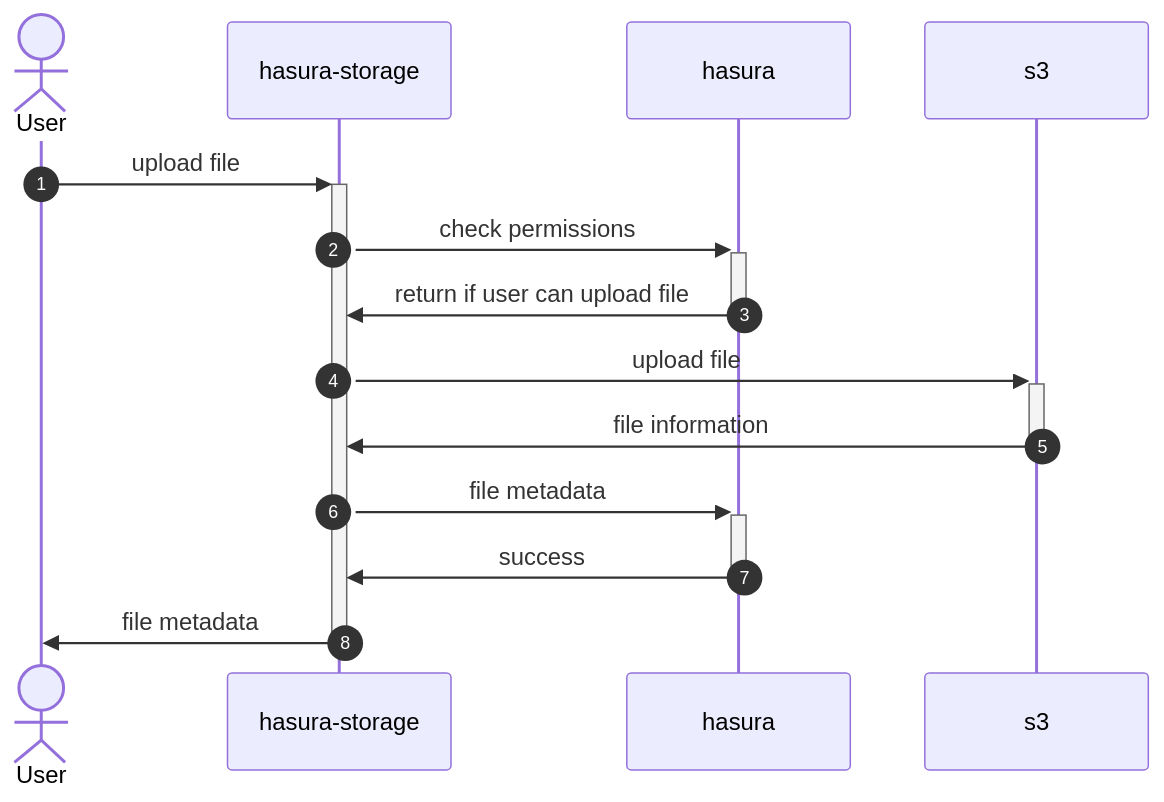
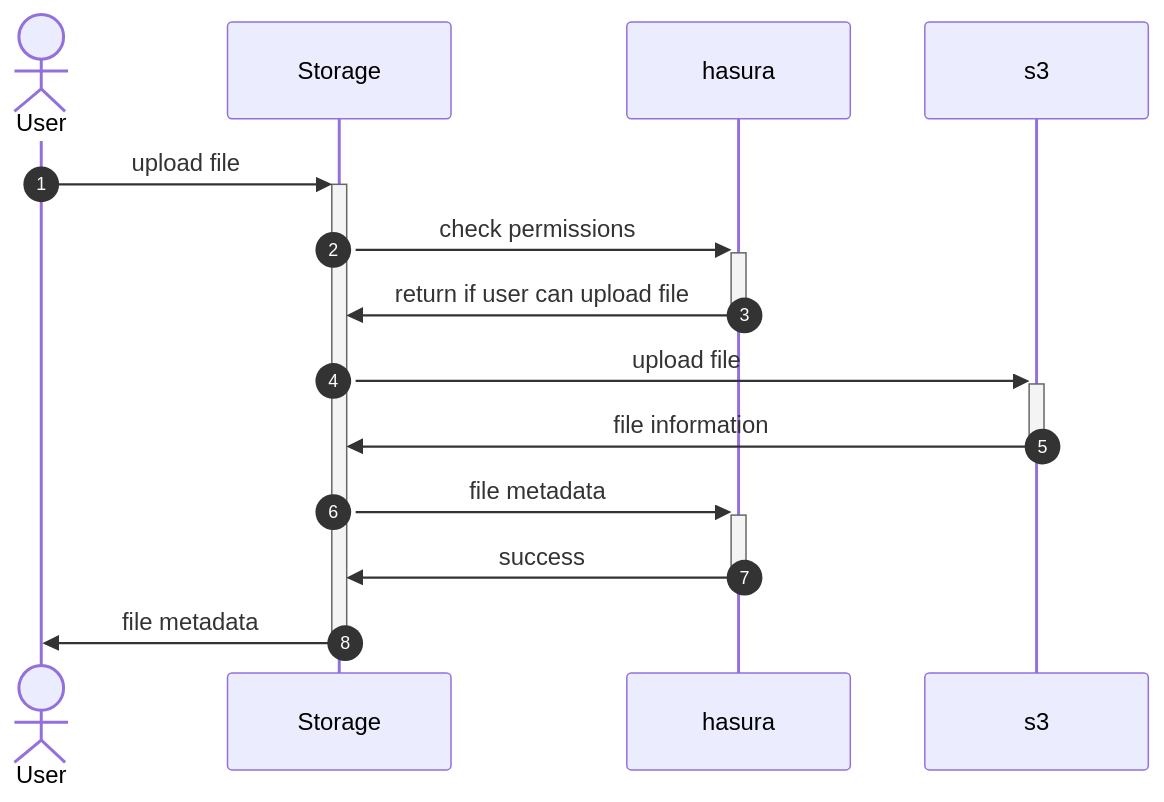
One commit to nhost/nhost changed the first of 3 diagrams in services/storage/README.md. Above: the diagram before and after it, drawn with Mermaid. The commit also changed other lines of this file and 713 other files, not shown here.

````diff
--- a/services/storage/README.md
+++ b/services/storage/README.md
@@ -13,13 +13,13 @@
 ``` mermaid
 sequenceDiagram
     actor User
     autonumber
-    User->>+hasura-storage: upload file
-    hasura-storage->>+hasura: check permissions
-    hasura->>-hasura-storage: return if user can upload file
-    hasura-storage->>+s3: upload file
-    s3->>-hasura-storage: file information
-    hasura-storage->>+hasura: file metadata
-    hasura->>-hasura-storage: success
-    hasura-storage->>-User: file metadata
+    User->>+Storage: upload file
+    Storage->>+hasura: check permissions
+    hasura->>-Storage: return if user can upload file
+    Storage->>+s3: upload file
+    s3->>-Storage: file information
+    Storage->>+hasura: file metadata
+    hasura->>-Storage: success
+    Storage->>-User: file metadata
 ```
````
